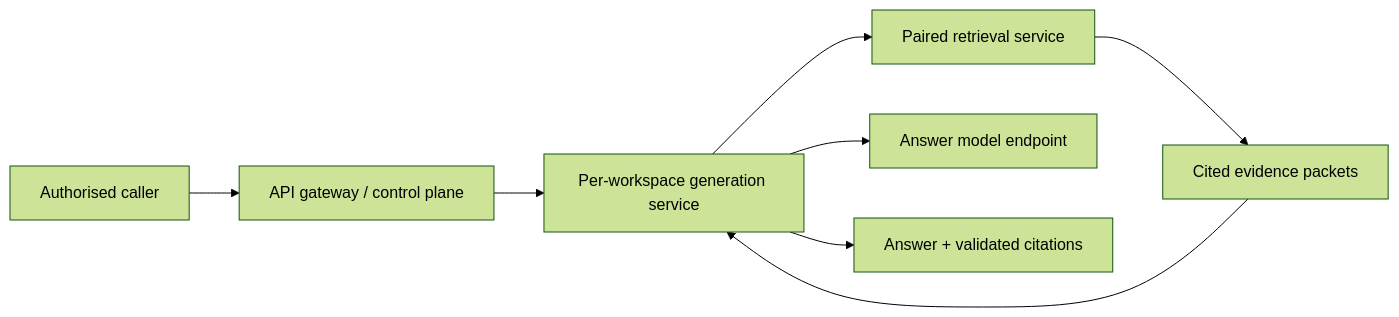
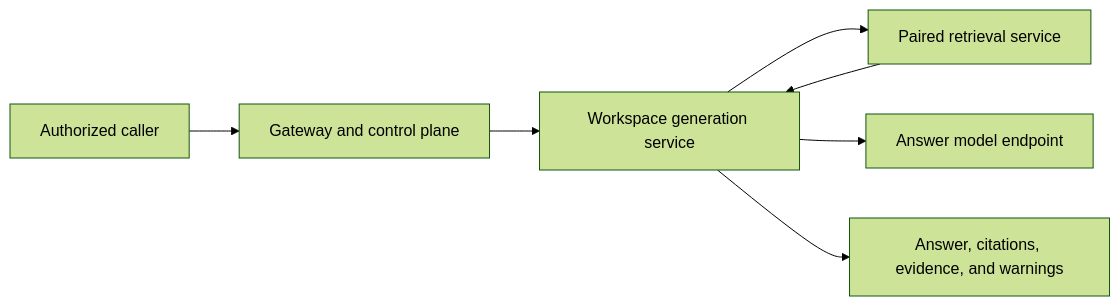
One commit to suankan/pocket-advisor changed the diagram in docs/generation-design.md. Above: the diagram before and after it, drawn with Mermaid (forest theme). The commit also changed other lines of this file and 7 other files, not shown here.

````diff
--- a/docs/generation-design.md
+++ b/docs/generation-design.md
@@ -19,10 +13,9 @@
 ```mermaid
 flowchart LR
-  Caller["Authorised caller"] --> Gateway["API gateway / control plane"]
-  Gateway --> Generation["Per-workspace generation service"]
+  Caller["Authorized caller"] --> Gateway["Gateway and control plane"]
+  Gateway --> Generation["Workspace generation service"]
   Generation --> Retrieval["Paired retrieval service"]
-  Retrieval --> Packets["Cited evidence packets"]
-  Packets --> Generation
+  Retrieval --> Generation
   Generation --> Model["Answer model endpoint"]
-  Generation --> Result["Answer + validated citations"]
+  Generation --> Response["Answer, citations, evidence, and warnings"]
 ```
````
